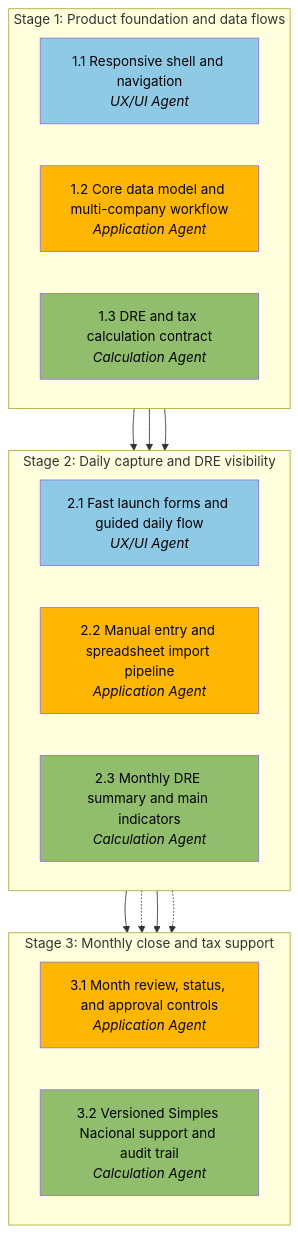
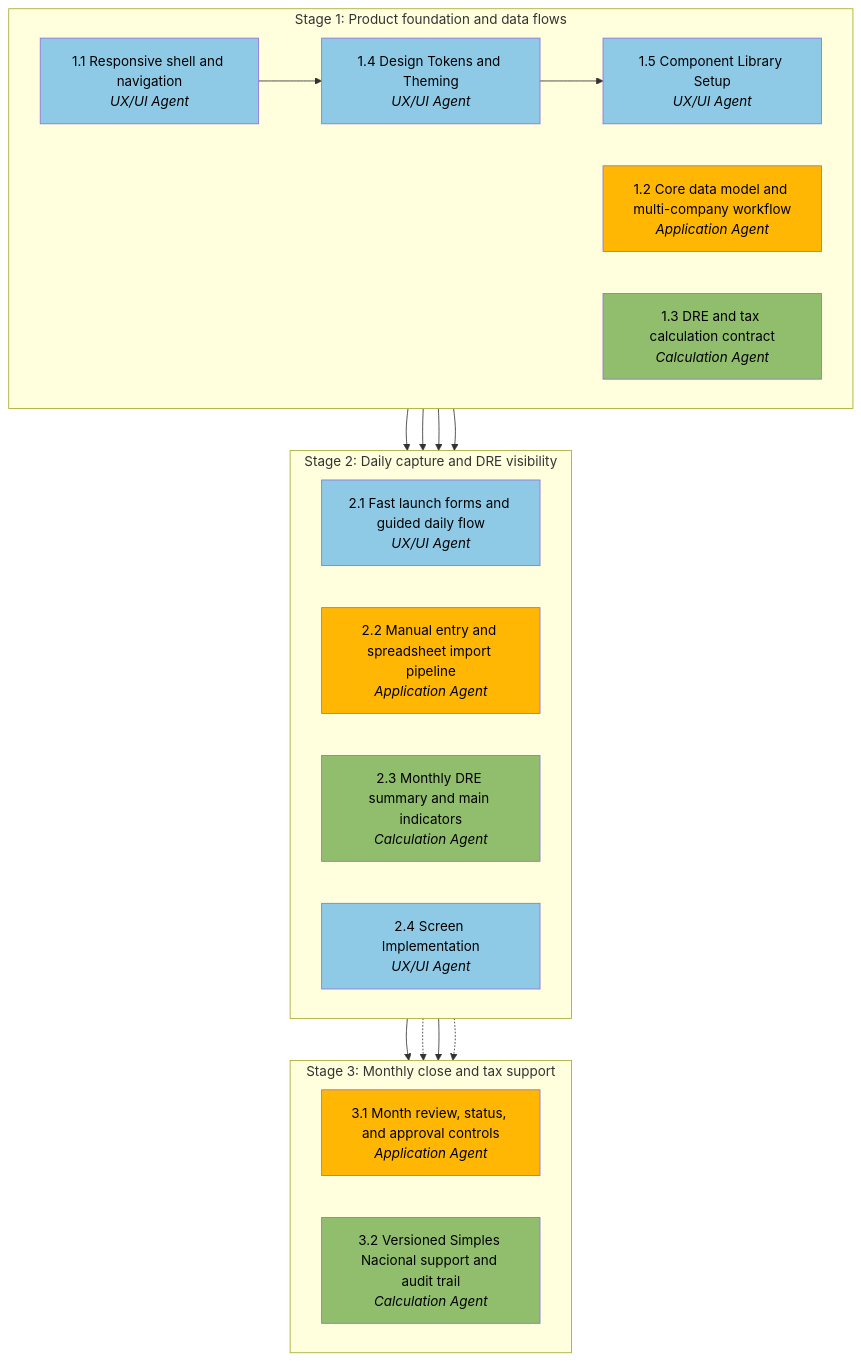
Before and after one commit to gersonvan/empresa-facil: the diagram in .apm/plan.md, drawn with Mermaid. The commit also changed other lines of this file and 5 other files, not shown here.

````diff
--- a/.apm/plan.md
+++ b/.apm/plan.md
@@ -26,40 +68,49 @@
 ```mermaid
 graph TB
 
 subgraph S1["Stage 1: Product foundation and data flows"]
-	direction LR
-	T1_1["1.1 Responsive shell and navigation<br/><i>UX/UI Agent</i>"]
-	T1_2["1.2 Core data model and multi-company workflow<br/><i>Application Agent</i>"]
-	T1_3["1.3 DRE and tax calculation contract<br/><i>Calculation Agent</i>"]
+    direction LR
+    T1_1["1.1 Responsive shell and navigation<br/><i>UX/UI Agent</i>"]
+    T1_2["1.2 Core data model and multi-company workflow<br/><i>Application Agent</i>"]
+    T1_3["1.3 DRE and tax calculation contract<br/><i>Calculation Agent</i>"]
+    T1_4["1.4 Design Tokens and Theming<br/><i>UX/UI Agent</i>"]
+    T1_5["1.5 Component Library Setup<br/><i>UX/UI Agent</i>"]
 end
 
 subgraph S2["Stage 2: Daily capture and DRE visibility"]
-	direction LR
-	T2_1["2.1 Fast launch forms and guided daily flow<br/><i>UX/UI Agent</i>"]
-	T2_2["2.2 Manual entry and spreadsheet import pipeline<br/><i>Application Agent</i>"]
-	T2_3["2.3 Monthly DRE summary and main indicators<br/><i>Calculation Agent</i>"]
+    direction LR
+    T2_1["2.1 Fast launch forms and guided daily flow<br/><i>UX/UI Agent</i>"]
+    T2_2["2.2 Manual entry and spreadsheet import pipeline<br/><i>Application Agent</i>"]
+    T2_3["2.3 Monthly DRE summary and main indicators<br/><i>Calculation Agent</i>"]
+    T2_4["2.4 Screen Implementation<br/><i>UX/UI Agent</i>"]
 end
 
 subgraph S3["Stage 3: Monthly close and tax support"]
-	direction LR
-	T3_1["3.1 Month review, status, and approval controls<br/><i>Application Agent</i>"]
-	T3_2["3.2 Versioned Simples Nacional support and audit trail<br/><i>Calculation Agent</i>"]
+    direction LR
+    T3_1["3.1 Month review, status, and approval controls<br/><i>Application Agent</i>"]
+    T3_2["3.2 Versioned Simples Nacional support and audit trail<br/><i>Calculation Agent</i>"]
 end
 
+T1_1 --> T1_4
+T1_4 --> T1_5
+T1_5 --> T2_4
 T1_1 --> T2_1
 T1_2 --> T2_2
 T1_3 --> T2_3
 T2_1 --> T3_1
 T2_2 -.-> T3_1
 T2_2 --> T3_2
 T2_3 -.-> T3_2
 
 style T1_1 fill:#8ecae6,color:#000
 style T1_2 fill:#ffb703,color:#000
 style T1_3 fill:#90be6d,color:#000
+style T1_4 fill:#8ecae6,color:#000
+style T1_5 fill:#8ecae6,color:#000
 style T2_1 fill:#8ecae6,color:#000
 style T2_2 fill:#ffb703,color:#000
 style T2_3 fill:#90be6d,color:#000
+style T2_4 fill:#8ecae6,color:#000
 style T3_1 fill:#ffb703,color:#000
 style T3_2 fill:#90be6d,color:#000
 ```
````
